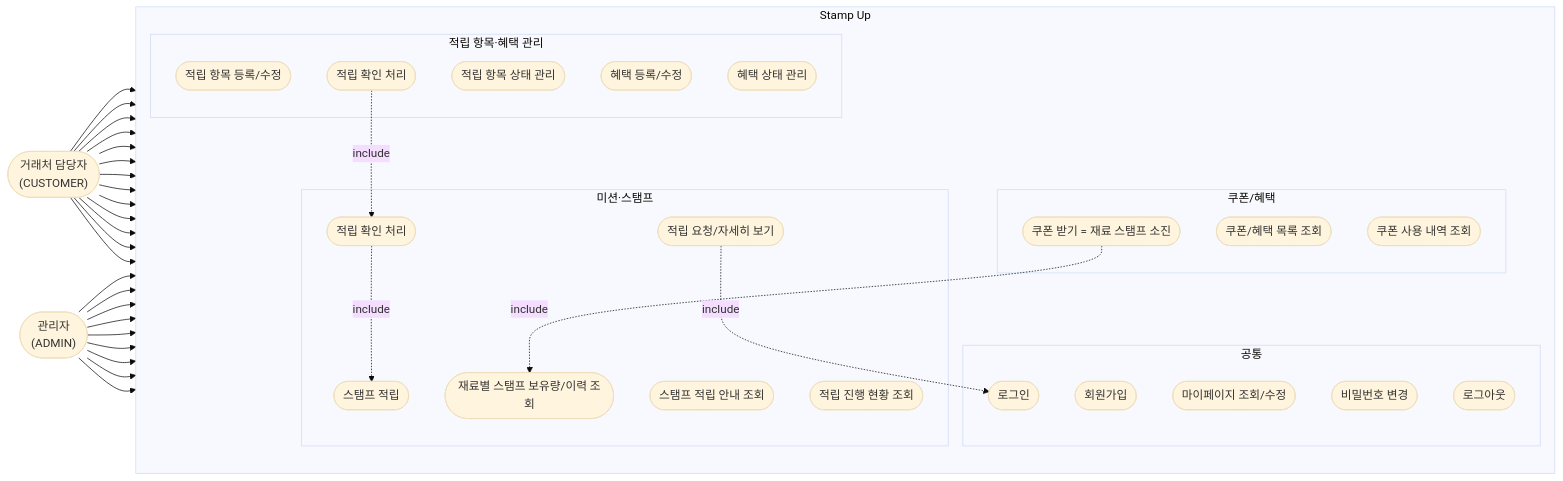
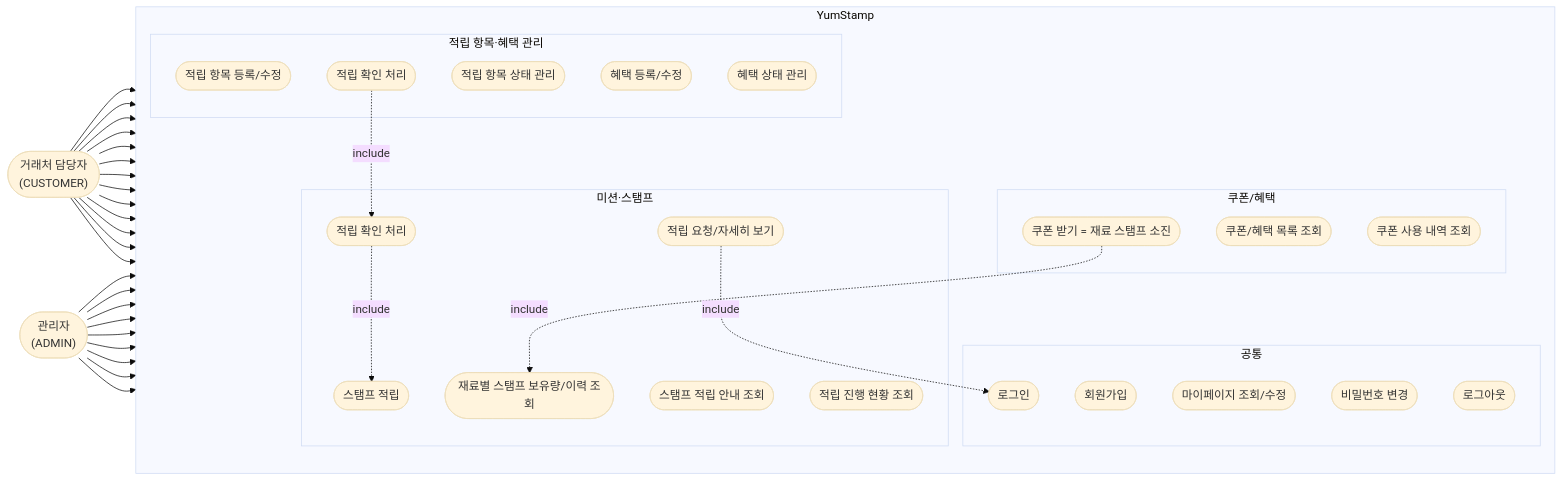
The diagram in docs/2-usecase.md (liah123/b2b-promo), drawn with Mermaid (base theme) before and after one commit. The commit also changed other lines of this file and 27 other files, not shown here.

First line of the commit message:
feat: rename brand to YumStamp, add mobile bottom GNB, ingredient/dish icons

````diff
--- a/docs/2-usecase.md
+++ b/docs/2-usecase.md
@@ -7,69 +7,69 @@
 ```mermaid
 flowchart LR
     customer(["거래처 담당자<br/>(CUSTOMER)"])
     admin(["관리자<br/>(ADMIN)"])
 
-    subgraph system["Stamp Up"]
+    subgraph system["YumStamp"]
         direction TB
 
         subgraph common["공통"]
             UC01([회원가입])
             UC02([로그인])
             UC03([마이페이지 조회/수정])
             UC04([비밀번호 변경])
             UC05([로그아웃])
         end
 
         subgraph mission["미션·스탬프"]
             UC10([스탬프 적립 안내 조회])
             UC11([적립 요청/자세히 보기])
             UC12([적립 진행 현황 조회])
             UC13([적립 확인 처리])
             UC14([스탬프 적립])
             UC15([재료별 스탬프 보유량/이력 조회])
         end
 
         subgraph reward["쿠폰/혜택"]
             UC20([쿠폰/혜택 목록 조회])
             UC21([쿠폰 받기 = 재료 스탬프 소진])
             UC22([쿠폰 사용 내역 조회])
         end
 
         subgraph adminOps["적립 항목·혜택 관리"]
             UC30([적립 항목 등록/수정])
             UC31([적립 항목 상태 관리])
             UC32([적립 확인 처리])
             UC33([혜택 등록/수정])
             UC34([혜택 상태 관리])
         end
     end
 
     customer --> UC01
     customer --> UC02
     customer --> UC03
     customer --> UC04
     customer --> UC05
     customer --> UC10
     customer --> UC11
     customer --> UC12
     customer --> UC13
     customer --> UC15
     customer --> UC20
     customer --> UC21
     customer --> UC22
 
     admin --> UC02
     admin --> UC03
     admin --> UC04
     admin --> UC05
     admin --> UC30
     admin --> UC31
     admin --> UC32
     admin --> UC33
     admin --> UC34
 
     UC11 -. include .-> UC02
     UC13 -. include .-> UC14
     UC32 -. include .-> UC13
     UC21 -. include .-> UC15
 ```
````
